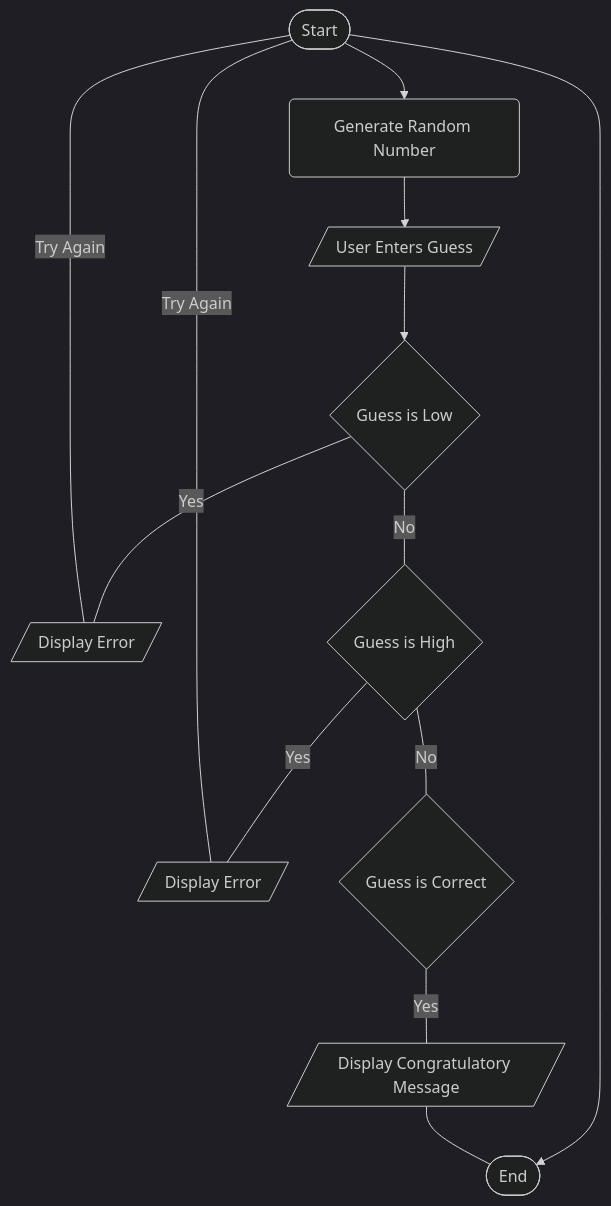
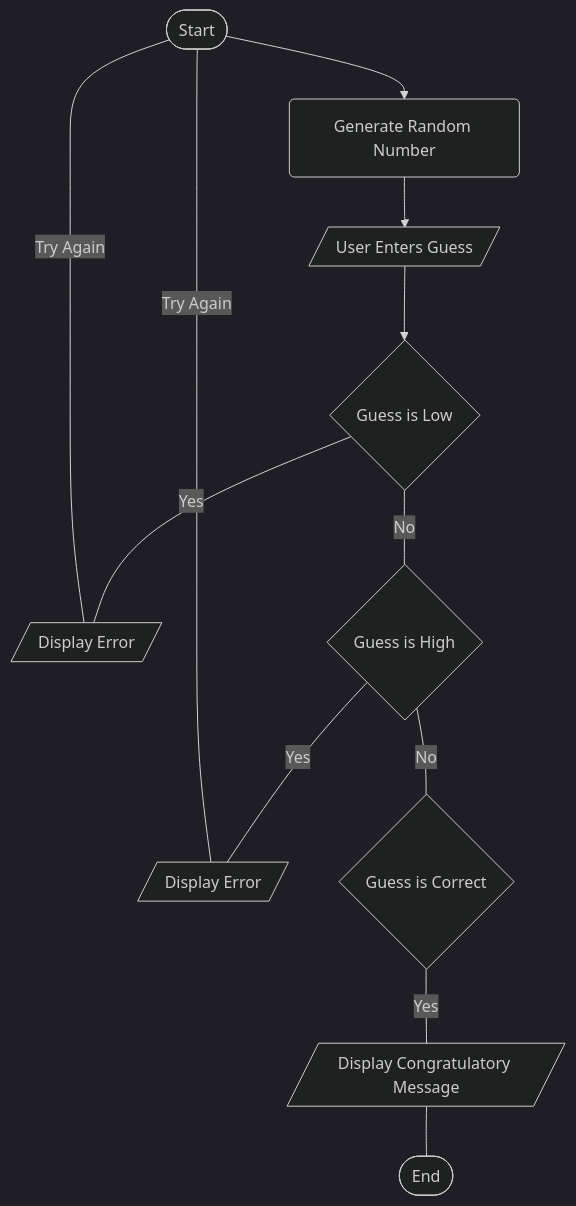
Before and after one commit to skkhan157/Random-Guessing-Game-: the diagram in Guessing.md, drawn with Mermaid (dark theme).

````diff
--- a/Guessing.md
+++ b/Guessing.md
@@ -1,20 +1,20 @@
 ```mermaid 
-flowchart TD
-    Start([Start]) --> End([End]) 
+flowchart TD 
     Start([Start]) --> B(Generate Random Number)
     B --> C[/User Enters Guess/]
     C -->D{Guess is Low}
     E[/Display Error/]
     D---|Yes|E
     F{Guess is High}
     D---|No|F
     G[/Display Error/]
     F---|Yes|G
     F---|No|H
     H{Guess is Correct}
     I[/Display Congratulatory Message/]
     H---|Yes|I 
     E---|Try Again|Start 
-    G---|Try Again|Start 
+    G---|Try Again|Start
+    End([End]) 
     I---End
 ``` 
````
